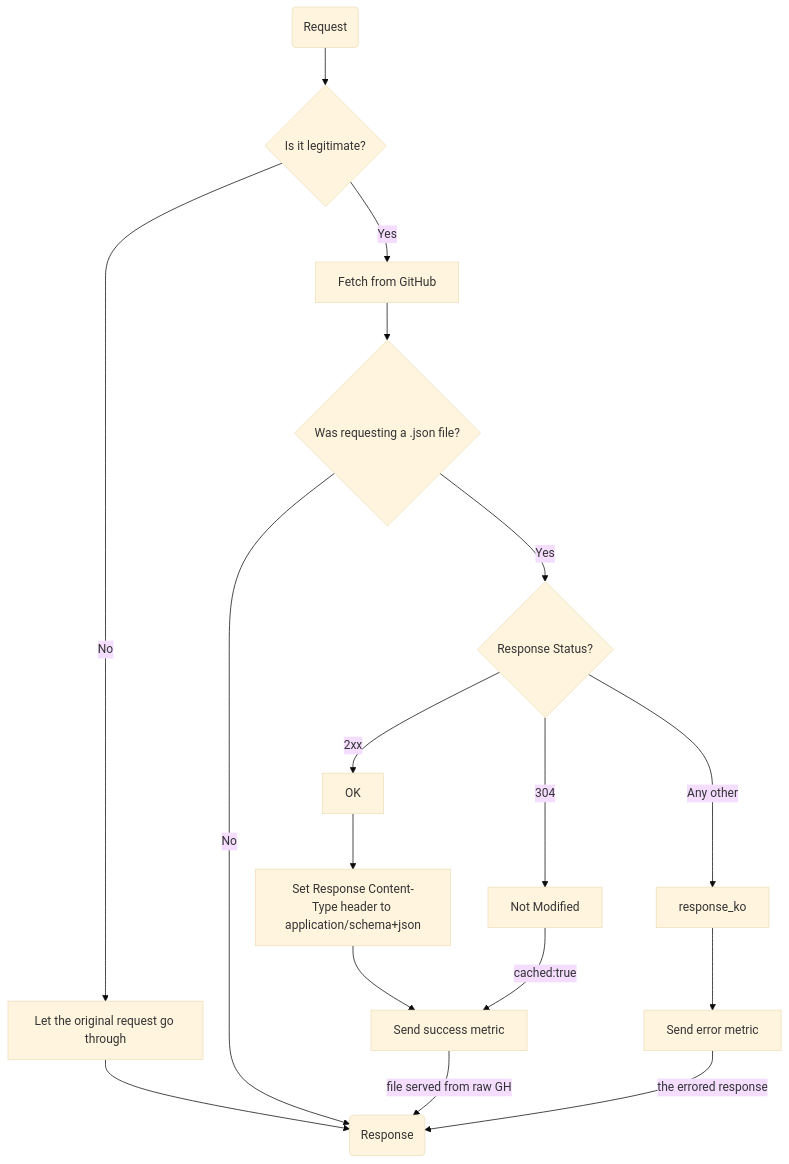
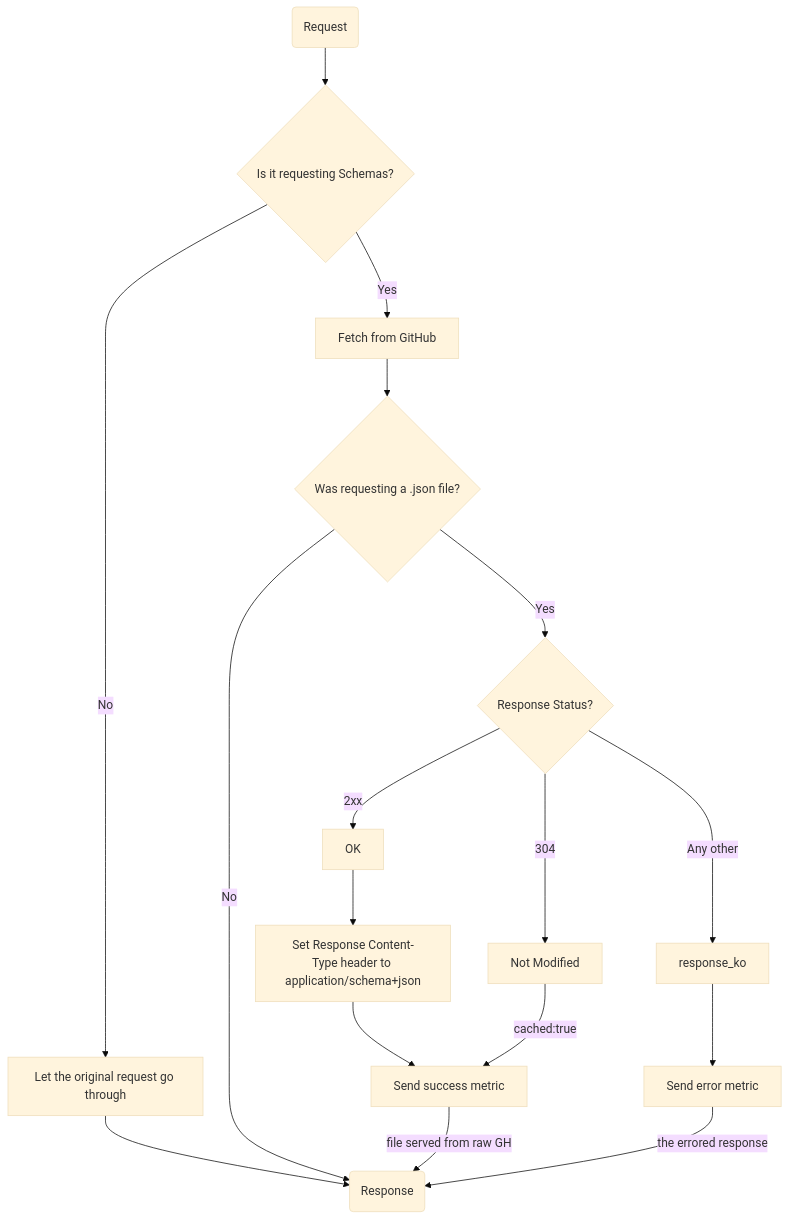
Before and after one commit to asyncapi/website: the diagram in README.md, drawn with Mermaid (base theme). The commit also changed 1 other file, not shown here.

Commit message:
rename legitimate word to a more friendly one

````diff
--- a/README.md
+++ b/README.md
@@ -167,24 +167,23 @@
   ```mermaid
   flowchart TD
-    Request(Request) -->legitimate{Is it legitimate?}
-    legitimate -->|No| req_no_legitimate[Let the original request go through]
-    req_no_legitimate --> Response(Response)
-    
-    legitimate -->|Yes| req_legitimate[Fetch from GitHub]
-    req_legitimate-->req_json{Was requesting a .json file?}
+    Request(Request) -->schema-related{Is it requesting Schemas?}
+    schema-related -->|No| req_no_schemas[Let the original request go through]
+    req_no_schemas --> Response(Response)
+    schema-related -->|Yes| req_schemas[Fetch from GitHub]
+    req_schemas-->req_json{Was requesting a .json file?}
     
     req_json -->|No| Response(Response)
     req_json -->|Yes| response_status{Response Status?}
     
     response_status -->|2xx| response_ok[OK]
     response_status -->|304| response_cached[Not Modified]
     response_status -->|Any other| response_ko
 
     response_ok --> set_headers[Set Response Content-Type header to application/schema+json]
     set_headers --> send_metric_success[Send success metric]
     response_cached -- cached:true --> send_metric_success
     response_ko --> send_metric_error[Send error metric]
 
     send_metric_success -- file served from raw GH --> Response(Response)
     send_metric_error --the errored response --> Response(Response)
   ```
````
